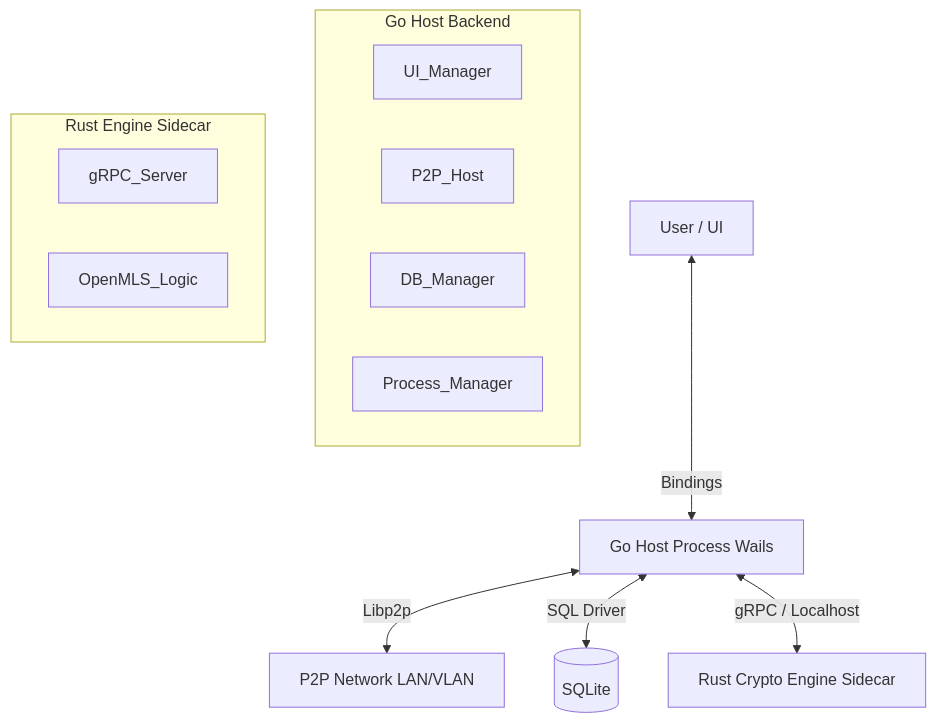
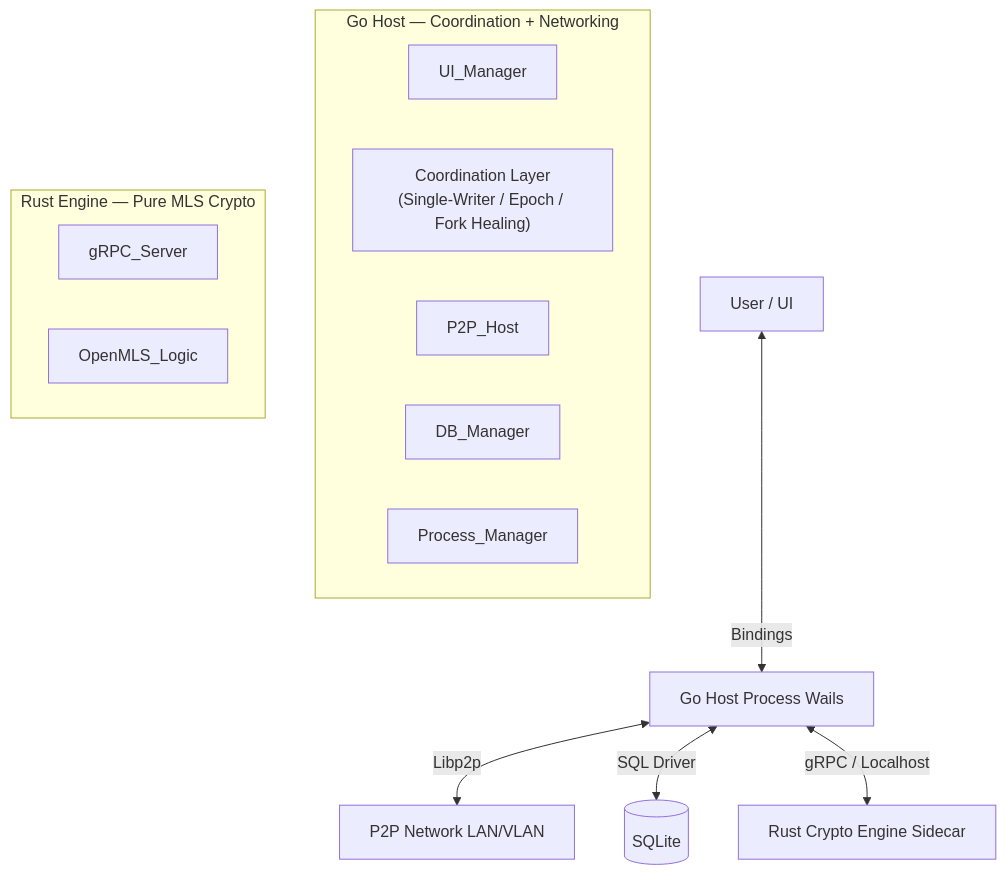
One commit to tiendung2306/DATN changed the diagram in README.md. Above: the diagram before and after it, drawn with Mermaid. The commit also changed other lines of this file and 3 other files, not shown here.

````diff
--- a/README.md
+++ b/README.md
@@ -15,19 +18,20 @@
 ```mermaid
 graph TD
     User[User / UI] <--> |Bindings| Go[Go Host Process Wails]
     Go <--> |Libp2p| Network[P2P Network LAN/VLAN]
     Go <--> |SQL Driver| DB[(SQLite)]
     Go <--> |gRPC / Localhost| Rust[Rust Crypto Engine Sidecar]
 
-    subgraph Go_Host [Go Host Backend]
+    subgraph Go_Host [Go Host — Coordination + Networking]
         UI_Manager
+        Coordination_Layer["Coordination Layer<br/>(Single-Writer / Epoch / Fork Healing)"]
         P2P_Host
         DB_Manager
         Process_Manager
     end
 
-    subgraph Rust_Engine [Rust Engine Sidecar]
+    subgraph Rust_Engine [Rust Engine — Pure MLS Crypto]
         gRPC_Server
         OpenMLS_Logic
     end
 ```
````
